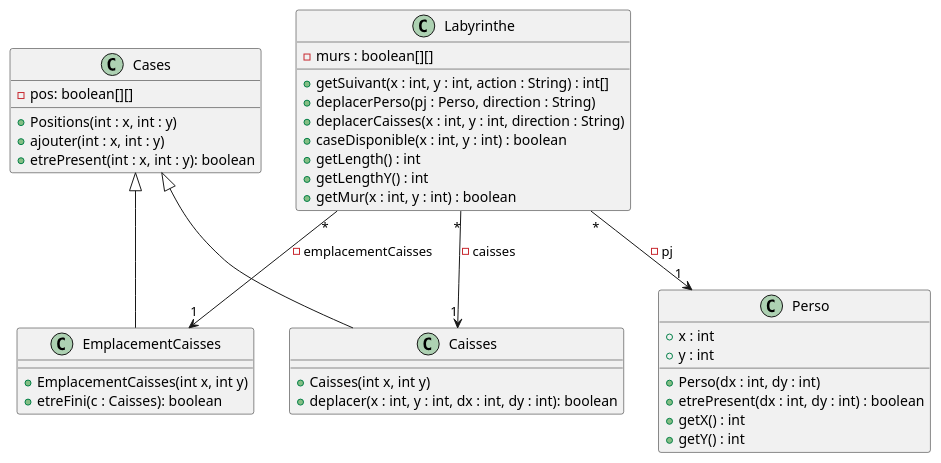
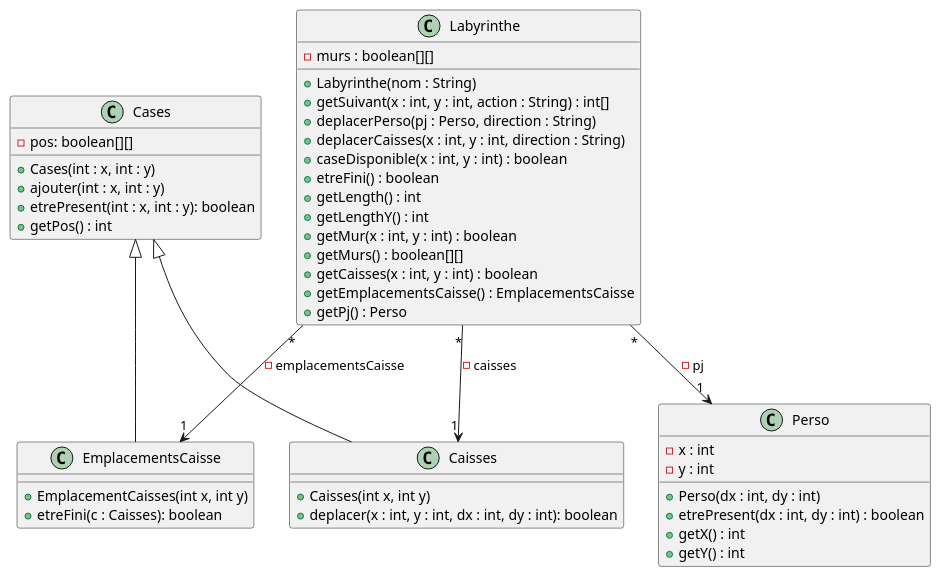
The diagram in documents/version_3/Modification du diagramme de classe de Labyrinthe.puml (Flotss/Zeldiablo), drawn with PlantUML before and after one commit. The commit also changed 1 other file, not shown here.

Commit message:
Update diagramme classe

```diff
--- a/documents/version_3/Modification du diagramme de classe de Labyrinthe.puml
+++ b/documents/version_3/Modification du diagramme de classe de Labyrinthe.puml
@@ -1,47 +1,54 @@
 @startuml
 
 class Labyrinthe{
     - murs : boolean[][]
+    + Labyrinthe(nom : String)
     + getSuivant(x : int, y : int, action : String) : int[]
     + deplacerPerso(pj : Perso, direction : String)
     + deplacerCaisses(x : int, y : int, direction : String)
     + caseDisponible(x : int, y : int) : boolean
+    + etreFini() : boolean
     + getLength() : int
     + getLengthY() : int
     + getMur(x : int, y : int) : boolean
+    + getMurs() : boolean[][]
+    + getCaisses(x : int, y : int) : boolean
+    + getEmplacementsCaisse() : EmplacementsCaisse
+    + getPj() : Perso
 }
 
 class Cases{
     - pos: boolean[][]
-    + Positions(int : x, int : y)
+    + Cases(int : x, int : y)
     + ajouter(int : x, int : y)
     + etrePresent(int : x, int : y): boolean
+    + getPos() : int
 }
 
 class Caisses {
     + Caisses(int x, int y)
     + deplacer(x : int, y : int, dx : int, dy : int): boolean
 }
 
-class EmplacementCaisses {
+class EmplacementsCaisse {
     + EmplacementCaisses(int x, int y)
     + etreFini(c : Caisses): boolean
 }
 
 class Perso {
-    + x : int
-    + y : int
+    - x : int
+    - y : int
     + Perso(dx : int, dy : int)
     + etrePresent(dx : int, dy : int) : boolean
     + getX() : int
     + getY() : int
 }
 Labyrinthe "*" --> "1" Perso : - pj
 
 Labyrinthe "*" --> "1" Caisses : - caisses
 
-Labyrinthe "*" --> "1" EmplacementCaisses : - emplacementCaisses
+Labyrinthe "*" --> "1" EmplacementsCaisse : - emplacementsCaisse
 
 Cases <|-- Caisses
-Cases <|-- EmplacementCaisses
+Cases <|-- EmplacementsCaisse
 @enduml
```
